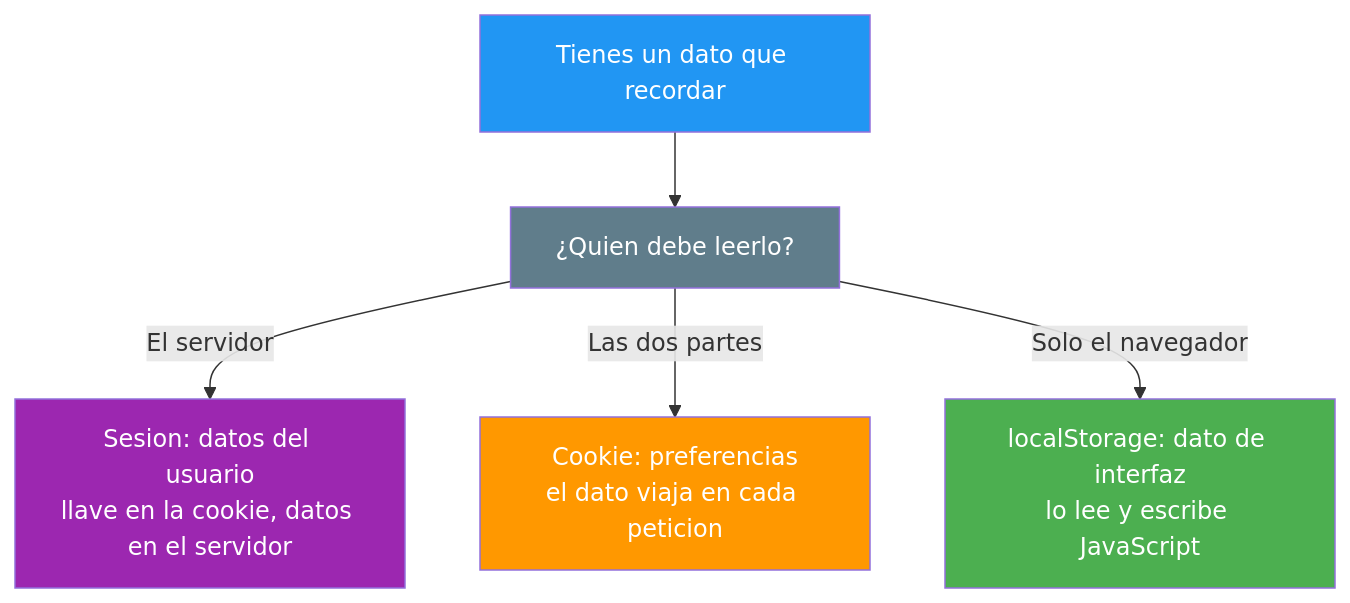
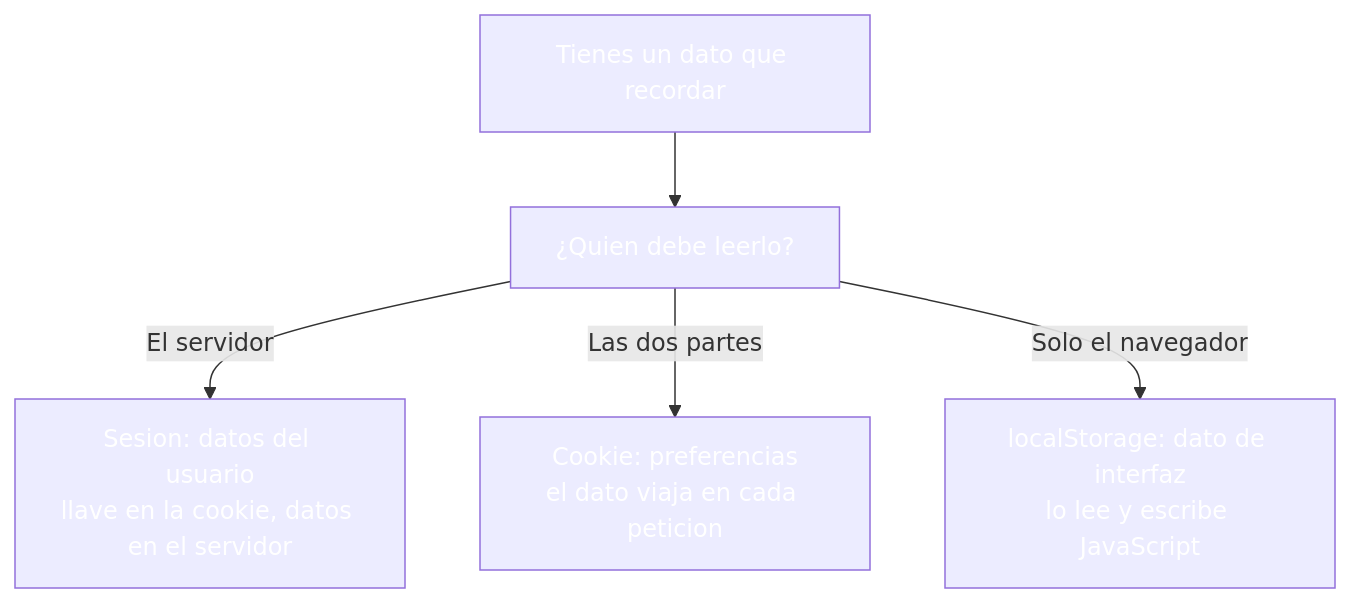
One commit to joseluisgs/DesarrolloWebEntornosServidor-03-2026-2027 changed the sixth of 7 diagrams in 18-cookies-sesiones-cliente.md. Above: the diagram before and after it, drawn with Mermaid. The commit also changed other lines of this file and 30 other files, not shown here.

````diff
--- a/18-cookies-sesiones-cliente.md
+++ b/18-cookies-sesiones-cliente.md
@@ -505,12 +505,12 @@
 ```mermaid
 graph TD
     D["Tienes un dato que recordar"] --> P["¿Quien debe leerlo?"]
     P -->|El servidor| S["Sesion: datos del usuario<br/>llave en la cookie, datos en el servidor"]
     P -->|Las dos partes| C["Cookie: preferencias<br/>el dato viaja en cada peticion"]
     P -->|Solo el navegador| L["localStorage: dato de interfaz<br/>lo lee y escribe JavaScript"]
-    style D fill:#2196F3,color:#fff
-    style P fill:#607D8B,color:#fff
-    style S fill:#9C27B0,color:#fff
-    style C fill:#FF9800,color:#fff
-    style L fill:#4CAF50,color:#fff
+    style D fill:#2196F,color:#fff3,color:#fff
+    style P fill:#607D8,color:#fffB,color:#fff
+    style S fill:#9C27B,color:#fff0,color:#fff
+    style C fill:#FF980,color:#fff0,color:#fff
+    style L fill:#4CAF5,color:#fff0,color:#fff
 ```
````
